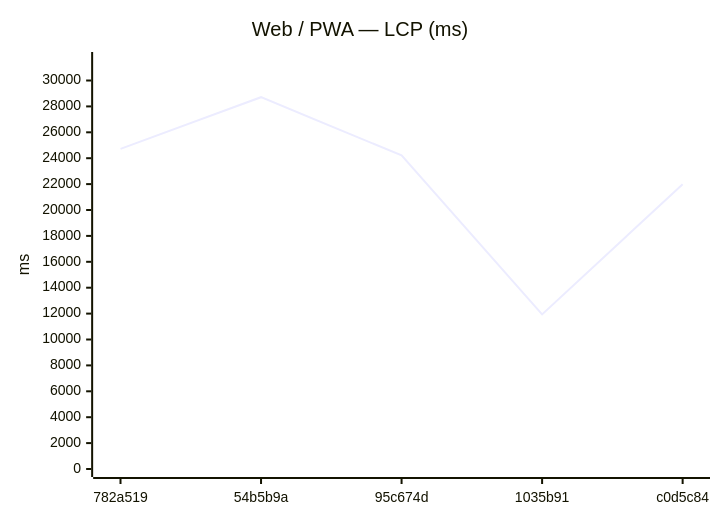
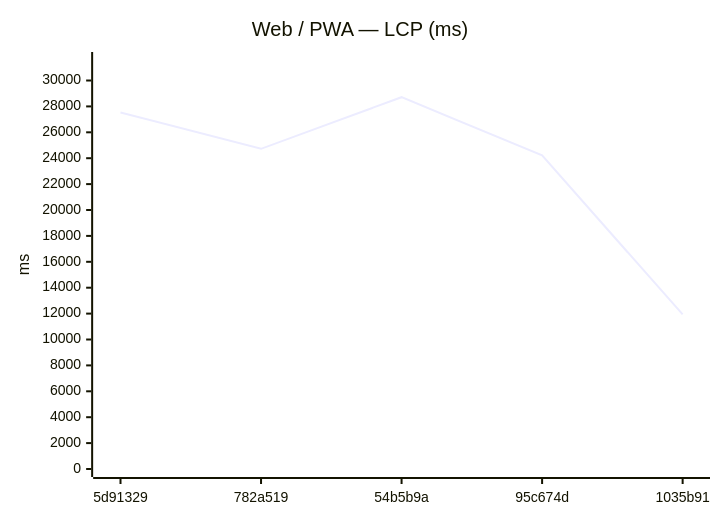
Before and after one commit to Metaheurist/Rianell: the seventh of 18 diagrams in benchmarks/compare.md, drawn with Mermaid. The commit also changed other lines of this file and 11 other files, not shown here.

````diff
--- a/benchmarks/compare.md
+++ b/benchmarks/compare.md
@@ -117,7 +117,7 @@
 ```mermaid
 xychart-beta
     title "Web / PWA — LCP (ms)"
-    x-axis ["782a519", "54b5b9a", "95c674d", "1035b91", "c0d5c84"]
+    x-axis ["5d91329", "782a519", "54b5b9a", "95c674d", "1035b91"]
     y-axis "ms" 0 --> 31584
-    line [24725, 28712, 24213, 11936, 21994]
+    line [27536, 24725, 28712, 24213, 11936]
 ```
````
